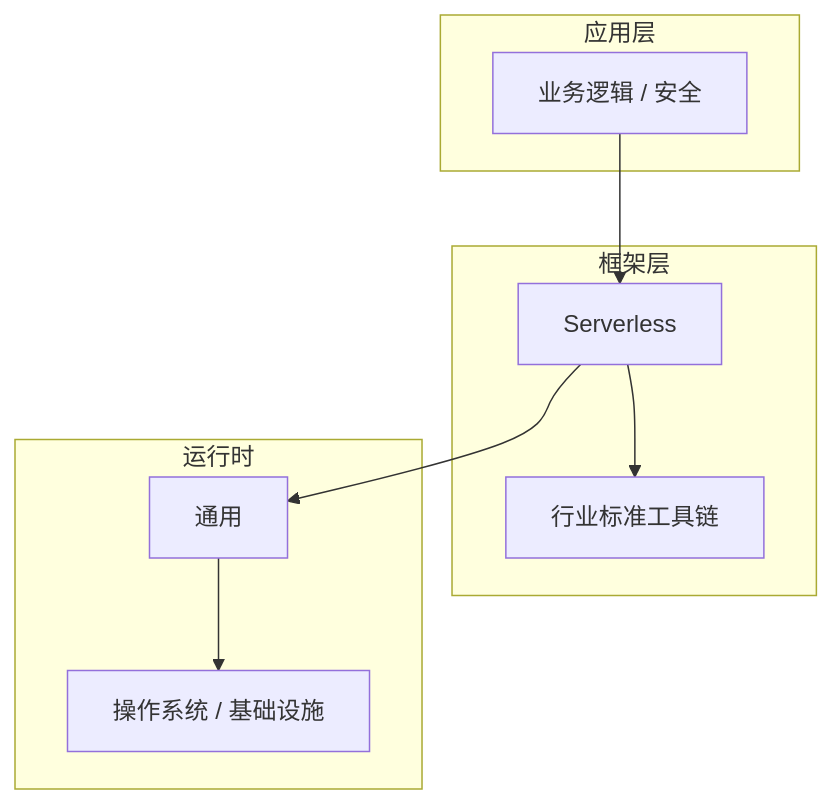
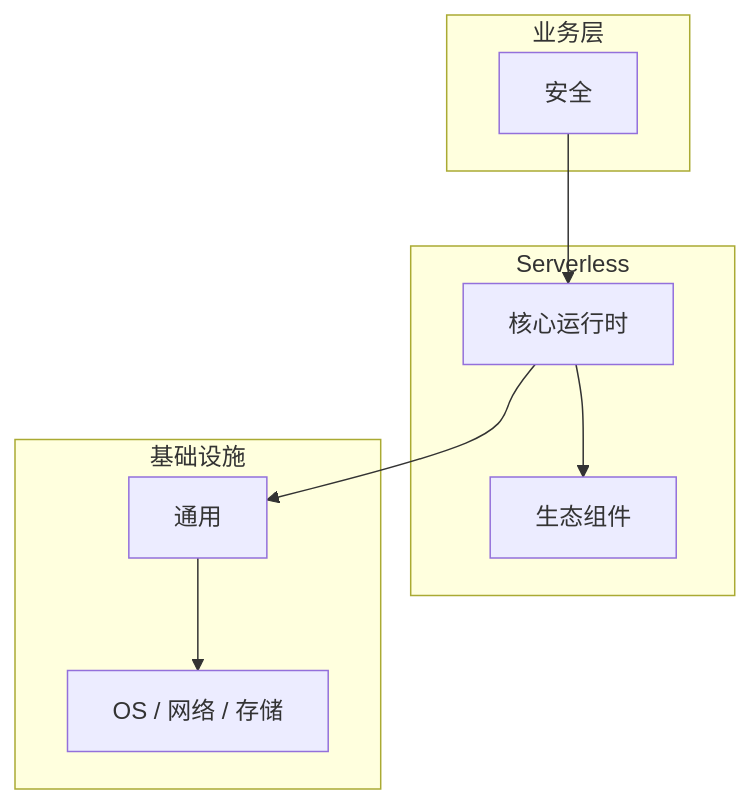
The diagram in articles/Serverless/chapters/066-安全核心概念与原理.md (yanggan2015/knowledge-json-v2), drawn with Mermaid before and after one commit. The commit also changed other lines of this file and 10127 other files, not shown here.

````diff
--- a/articles/Serverless/chapters/066-安全核心概念与原理.md
+++ b/articles/Serverless/chapters/066-安全核心概念与原理.md
@@ -45,18 +34,18 @@
 ```mermaid
 graph TB
-    subgraph 应用层
-        A[业务逻辑 / 安全]
+    subgraph 业务层
+        A[安全]
     end
-    subgraph 框架层
-        B[Serverless]
-        C[行业标准工具链]
+    subgraph Serverless
+        B[核心运行时]
+        C[生态组件]
     end
-    subgraph 运行时
+    subgraph 基础设施
         D[通用]
-        E[操作系统 / 基础设施]
+        E[OS / 网络 / 存储]
     end
     A --> B
     B --> C
     B --> D
     D --> E
 ```
````
